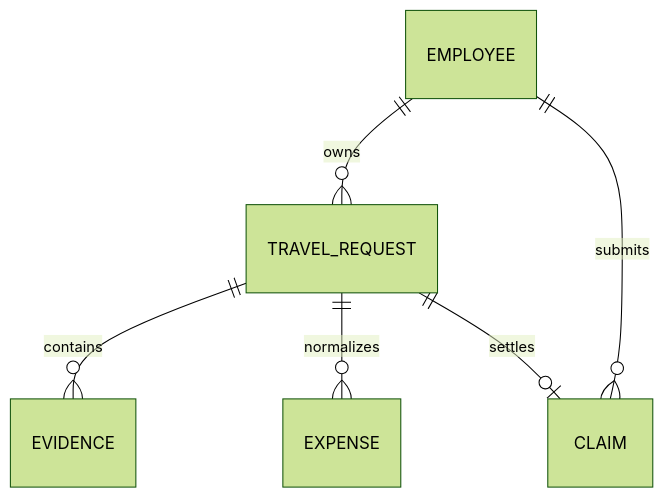
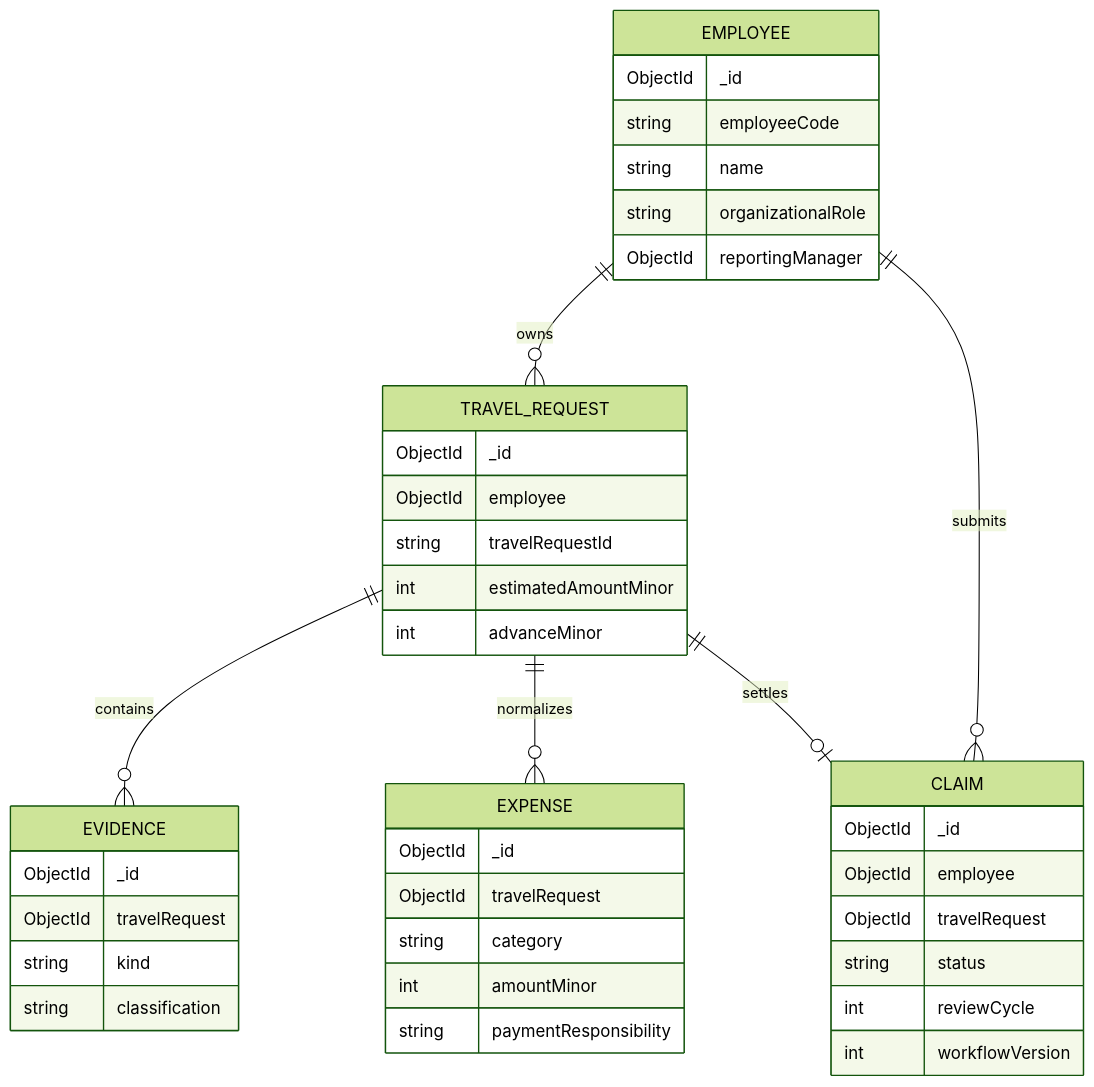
The eighth of 25 diagrams in README.md (akshaychavan23031998/AI-Planet), drawn with Mermaid (forest theme) before and after one commit. The commit also changed other lines of this file, not shown here.

````diff
--- a/README.md
+++ b/README.md
@@ -653,8 +571,48 @@
 ```mermaid
 erDiagram
     EMPLOYEE ||--o{ TRAVEL_REQUEST : owns
     TRAVEL_REQUEST ||--o{ EVIDENCE : contains
     TRAVEL_REQUEST ||--o{ EXPENSE : normalizes
     TRAVEL_REQUEST ||--o| CLAIM : settles
     EMPLOYEE ||--o{ CLAIM : submits
+
+    EMPLOYEE {
+        ObjectId _id
+        string employeeCode
+        string name
+        string organizationalRole
+        ObjectId reportingManager
+    }
+
+    TRAVEL_REQUEST {
+        ObjectId _id
+        ObjectId employee
+        string travelRequestId
+        int estimatedAmountMinor
+        int advanceMinor
+    }
+
+    EVIDENCE {
+        ObjectId _id
+        ObjectId travelRequest
+        string kind
+        string classification
+    }
+
+    EXPENSE {
+        ObjectId _id
+        ObjectId travelRequest
+        string category
+        int amountMinor
+        string paymentResponsibility
+    }
+
+    CLAIM {
+        ObjectId _id
+        ObjectId employee
+        ObjectId travelRequest
+        string status
+        int reviewCycle
+        int workflowVersion
+    }
 ```
````
